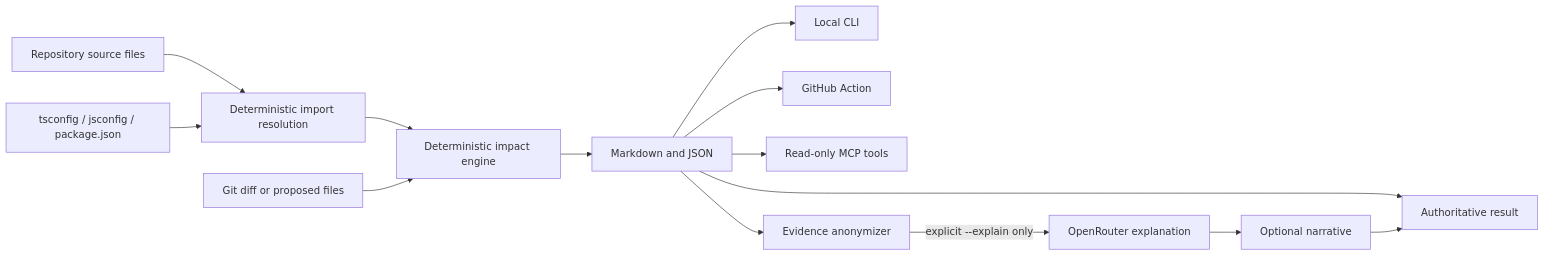
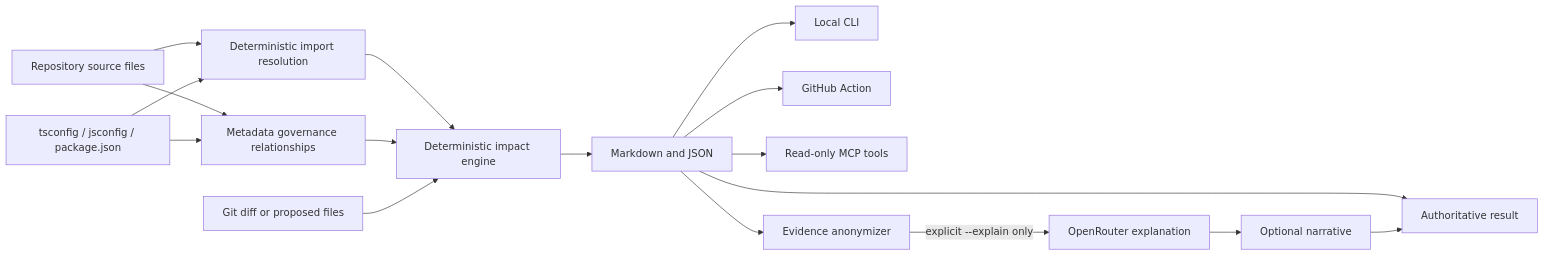
One commit to adiarora06/RepoRipple changed the diagram in docs/architecture.md. Above: the diagram before and after it, drawn with Mermaid. The commit also changed other lines of this file and 2 other files, not shown here.

````diff
--- a/docs/architecture.md
+++ b/docs/architecture.md
@@ -7,16 +7,19 @@
 ```mermaid
 flowchart LR
     Source[Repository source files] --> Resolve[Deterministic import resolution]
     Config[tsconfig / jsconfig / package.json] --> Resolve
+    Source --> Govern[Metadata governance relationships]
+    Config --> Govern
     Resolve --> Core[Deterministic impact engine]
+    Govern --> Core
     Diff[Git diff or proposed files] --> Core
     Core --> Report[Markdown and JSON]
     Report --> CLI[Local CLI]
     Report --> Action[GitHub Action]
     Report --> MCP[Read-only MCP tools]
     Report --> Sanitize[Evidence anonymizer]
     Sanitize -->|explicit --explain only| Router[OpenRouter explanation]
     Router --> Narrative[Optional narrative]
     Report --> Final[Authoritative result]
     Narrative --> Final
 ```
````
